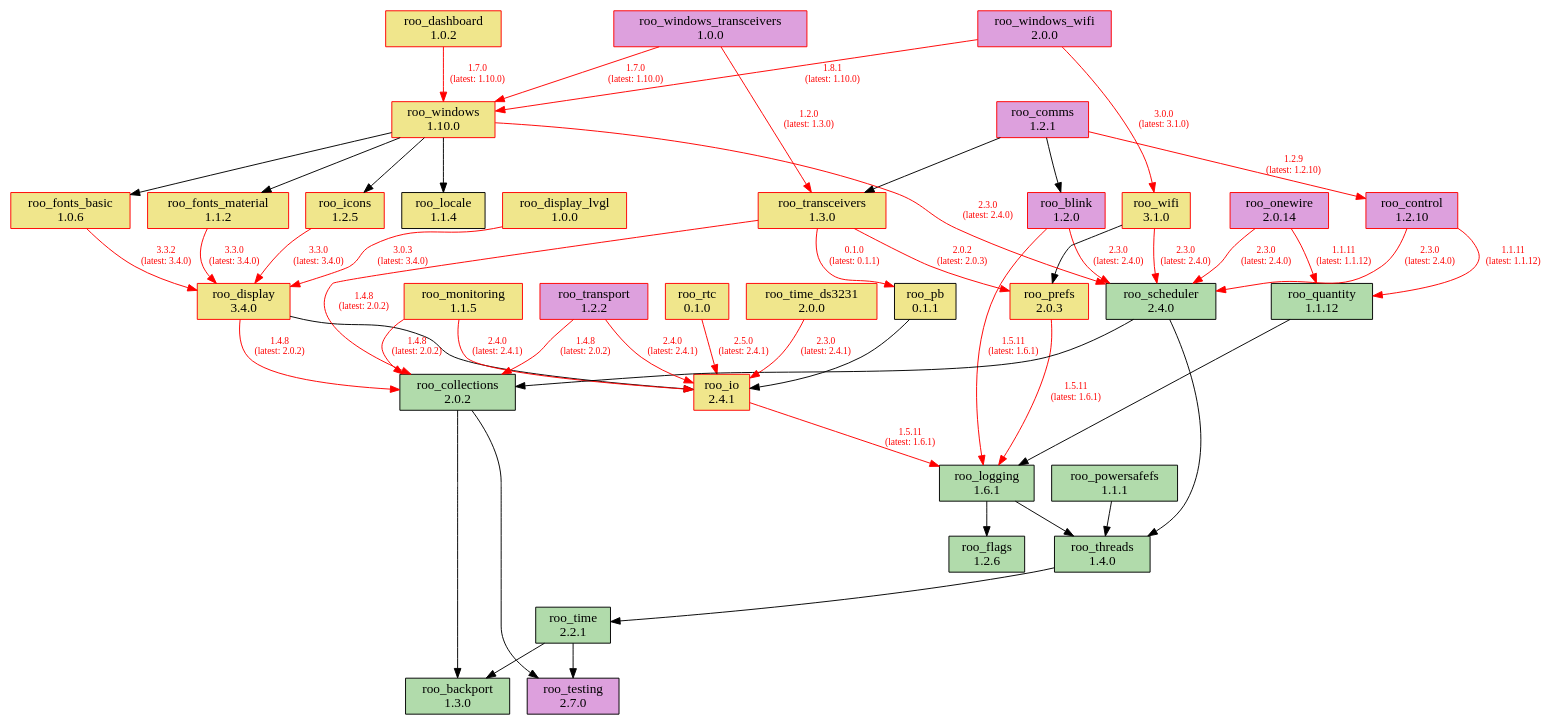
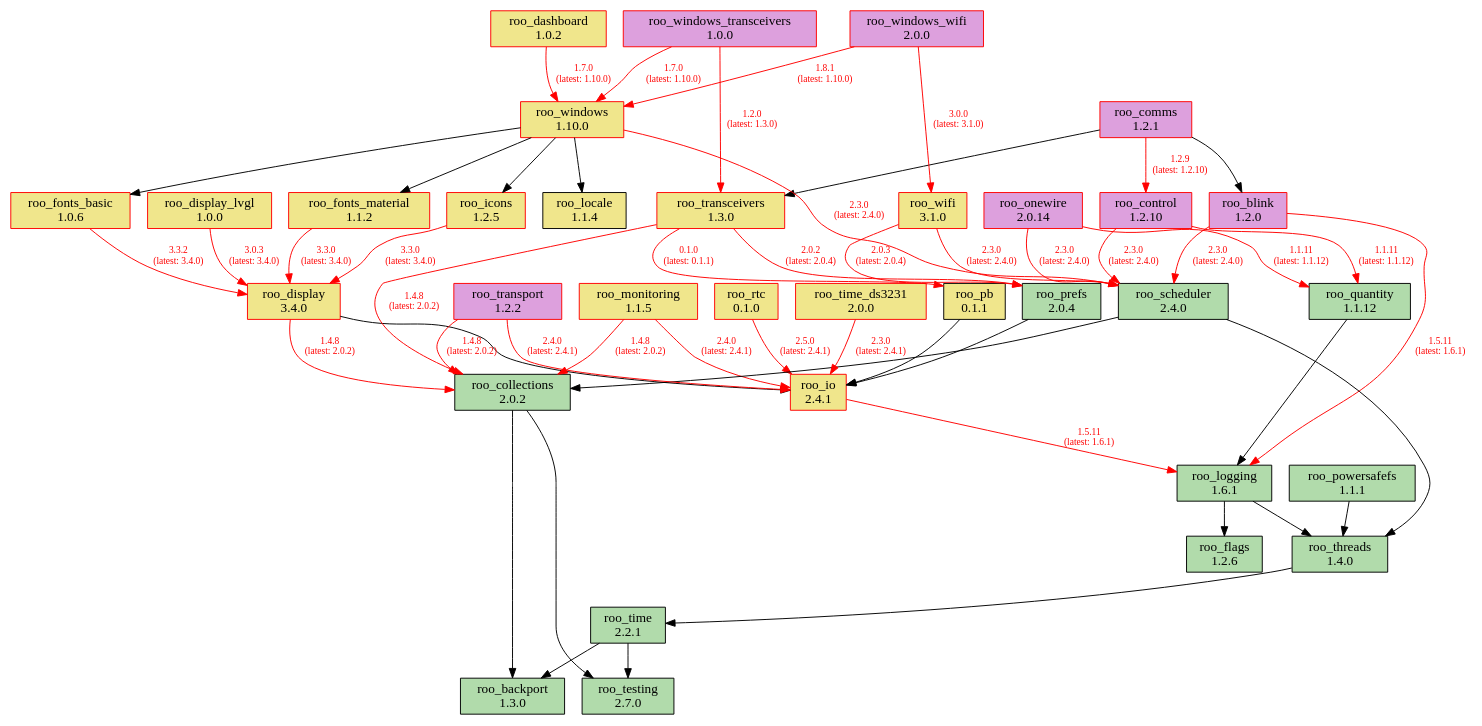
One commit to dejwk/roo-registry changed the diagram in doc/dependencies.dot. Above: the diagram before and after it, drawn with Graphviz. The commit also changed 3 other files, not shown here.

Commit message:
Added roo_prefs 2.0.4 to the registry.

```diff
--- a/doc/dependencies.dot
+++ b/doc/dependencies.dot
@@ -1,92 +1,92 @@
 digraph dependencies {
     rankdir=TB;
     node [shape=box, style=filled];
     edge [fontsize=10];
 
     // Modules
     "roo_backport" [label="roo_backport\n1.3.0", fillcolor="#b1dbab", color="black"];
     "roo_blink" [label="roo_blink\n1.2.0", fillcolor="plum", color="red"];
     "roo_collections" [label="roo_collections\n2.0.2", fillcolor="#b1dbab", color="black"];
     "roo_comms" [label="roo_comms\n1.2.1", fillcolor="plum", color="red"];
     "roo_control" [label="roo_control\n1.2.10", fillcolor="plum", color="red"];
     "roo_dashboard" [label="roo_dashboard\n1.0.2", fillcolor="khaki", color="red"];
     "roo_display" [label="roo_display\n3.4.0", fillcolor="khaki", color="red"];
     "roo_display_lvgl" [label="roo_display_lvgl\n1.0.0", fillcolor="khaki", color="red"];
     "roo_flags" [label="roo_flags\n1.2.6", fillcolor="#b1dbab", color="black"];
     "roo_fonts_basic" [label="roo_fonts_basic\n1.0.6", fillcolor="khaki", color="red"];
     "roo_fonts_material" [label="roo_fonts_material\n1.1.2", fillcolor="khaki", color="red"];
     "roo_icons" [label="roo_icons\n1.2.5", fillcolor="khaki", color="red"];
     "roo_io" [label="roo_io\n2.4.1", fillcolor="khaki", color="red"];
     "roo_locale" [label="roo_locale\n1.1.4", fillcolor="khaki", color="black"];
     "roo_logging" [label="roo_logging\n1.6.1", fillcolor="#b1dbab", color="black"];
     "roo_monitoring" [label="roo_monitoring\n1.1.5", fillcolor="khaki", color="red"];
     "roo_onewire" [label="roo_onewire\n2.0.14", fillcolor="plum", color="red"];
     "roo_pb" [label="roo_pb\n0.1.1", fillcolor="khaki", color="black"];
     "roo_powersafefs" [label="roo_powersafefs\n1.1.1", fillcolor="#b1dbab", color="black"];
-    "roo_prefs" [label="roo_prefs\n2.0.3", fillcolor="khaki", color="red"];
+    "roo_prefs" [label="roo_prefs\n2.0.4", fillcolor="#b1dbab", color="black"];
     "roo_quantity" [label="roo_quantity\n1.1.12", fillcolor="#b1dbab", color="black"];
     "roo_rtc" [label="roo_rtc\n0.1.0", fillcolor="khaki", color="red"];
     "roo_scheduler" [label="roo_scheduler\n2.4.0", fillcolor="#b1dbab", color="black"];
-    "roo_testing" [label="roo_testing\n2.7.0", fillcolor="plum", color="black"];
+    "roo_testing" [label="roo_testing\n2.7.0", fillcolor="#b1dbab", color="black"];
     "roo_threads" [label="roo_threads\n1.4.0", fillcolor="#b1dbab", color="black"];
     "roo_time" [label="roo_time\n2.2.1", fillcolor="#b1dbab", color="black"];
     "roo_time_ds3231" [label="roo_time_ds3231\n2.0.0", fillcolor="khaki", color="red"];
     "roo_transceivers" [label="roo_transceivers\n1.3.0", fillcolor="khaki", color="red"];
     "roo_transport" [label="roo_transport\n1.2.2", fillcolor="plum", color="red"];
     "roo_wifi" [label="roo_wifi\n3.1.0", fillcolor="khaki", color="red"];
     "roo_windows" [label="roo_windows\n1.10.0", fillcolor="khaki", color="red"];
     "roo_windows_transceivers" [label="roo_windows_transceivers\n1.0.0", fillcolor="plum", color="red"];
     "roo_windows_wifi" [label="roo_windows_wifi\n2.0.0", fillcolor="plum", color="red"];
 
     // Dependencies
     "roo_blink" -> "roo_logging" [color=red, fontcolor=red, label="1.5.11\n(latest: 1.6.1)"];
     "roo_blink" -> "roo_scheduler" [color=red, fontcolor=red, label="2.3.0\n(latest: 2.4.0)"];
     "roo_collections" -> "roo_testing";
     "roo_collections" -> "roo_backport";
     "roo_comms" -> "roo_blink";
     "roo_comms" -> "roo_control" [color=red, fontcolor=red, label="1.2.9\n(latest: 1.2.10)"];
     "roo_comms" -> "roo_transceivers";
     "roo_control" -> "roo_quantity" [color=red, fontcolor=red, label="1.1.11\n(latest: 1.1.12)"];
     "roo_control" -> "roo_scheduler" [color=red, fontcolor=red, label="2.3.0\n(latest: 2.4.0)"];
     "roo_dashboard" -> "roo_windows" [color=red, fontcolor=red, label="1.7.0\n(latest: 1.10.0)"];
     "roo_display" -> "roo_collections" [color=red, fontcolor=red, label="1.4.8\n(latest: 2.0.2)"];
     "roo_display" -> "roo_io";
     "roo_display_lvgl" -> "roo_display" [color=red, fontcolor=red, label="3.0.3\n(latest: 3.4.0)"];
     "roo_fonts_basic" -> "roo_display" [color=red, fontcolor=red, label="3.3.2\n(latest: 3.4.0)"];
     "roo_fonts_material" -> "roo_display" [color=red, fontcolor=red, label="3.3.0\n(latest: 3.4.0)"];
     "roo_icons" -> "roo_display" [color=red, fontcolor=red, label="3.3.0\n(latest: 3.4.0)"];
     "roo_io" -> "roo_logging" [color=red, fontcolor=red, label="1.5.11\n(latest: 1.6.1)"];
     "roo_logging" -> "roo_flags";
     "roo_logging" -> "roo_threads";
     "roo_monitoring" -> "roo_collections" [color=red, fontcolor=red, label="1.4.8\n(latest: 2.0.2)"];
     "roo_monitoring" -> "roo_io" [color=red, fontcolor=red, label="2.4.0\n(latest: 2.4.1)"];
     "roo_onewire" -> "roo_scheduler" [color=red, fontcolor=red, label="2.3.0\n(latest: 2.4.0)"];
     "roo_onewire" -> "roo_quantity" [color=red, fontcolor=red, label="1.1.11\n(latest: 1.1.12)"];
     "roo_pb" -> "roo_io";
     "roo_powersafefs" -> "roo_threads";
-    "roo_prefs" -> "roo_logging" [color=red, fontcolor=red, label="1.5.11\n(latest: 1.6.1)"];
+    "roo_prefs" -> "roo_io";
     "roo_quantity" -> "roo_logging";
     "roo_rtc" -> "roo_io" [color=red, fontcolor=red, label="2.5.0\n(latest: 2.4.1)"];
     "roo_scheduler" -> "roo_collections";
     "roo_scheduler" -> "roo_threads";
     "roo_threads" -> "roo_time";
     "roo_time" -> "roo_testing";
     "roo_time" -> "roo_backport";
     "roo_time_ds3231" -> "roo_io" [color=red, fontcolor=red, label="2.3.0\n(latest: 2.4.1)"];
     "roo_transceivers" -> "roo_pb" [color=red, fontcolor=red, label="0.1.0\n(latest: 0.1.1)"];
     "roo_transceivers" -> "roo_collections" [color=red, fontcolor=red, label="1.4.8\n(latest: 2.0.2)"];
-    "roo_transceivers" -> "roo_prefs" [color=red, fontcolor=red, label="2.0.2\n(latest: 2.0.3)"];
+    "roo_transceivers" -> "roo_prefs" [color=red, fontcolor=red, label="2.0.2\n(latest: 2.0.4)"];
     "roo_transport" -> "roo_collections" [color=red, fontcolor=red, label="1.4.8\n(latest: 2.0.2)"];
     "roo_transport" -> "roo_io" [color=red, fontcolor=red, label="2.4.0\n(latest: 2.4.1)"];
-    "roo_wifi" -> "roo_prefs";
+    "roo_wifi" -> "roo_prefs" [color=red, fontcolor=red, label="2.0.3\n(latest: 2.0.4)"];
     "roo_wifi" -> "roo_scheduler" [color=red, fontcolor=red, label="2.3.0\n(latest: 2.4.0)"];
     "roo_windows" -> "roo_fonts_basic";
     "roo_windows" -> "roo_fonts_material";
     "roo_windows" -> "roo_locale";
     "roo_windows" -> "roo_icons";
     "roo_windows" -> "roo_scheduler" [color=red, fontcolor=red, label="2.3.0\n(latest: 2.4.0)"];
     "roo_windows_transceivers" -> "roo_transceivers" [color=red, fontcolor=red, label="1.2.0\n(latest: 1.3.0)"];
     "roo_windows_transceivers" -> "roo_windows" [color=red, fontcolor=red, label="1.7.0\n(latest: 1.10.0)"];
     "roo_windows_wifi" -> "roo_wifi" [color=red, fontcolor=red, label="3.0.0\n(latest: 3.1.0)"];
     "roo_windows_wifi" -> "roo_windows" [color=red, fontcolor=red, label="1.8.1\n(latest: 1.10.0)"];
 }
```
